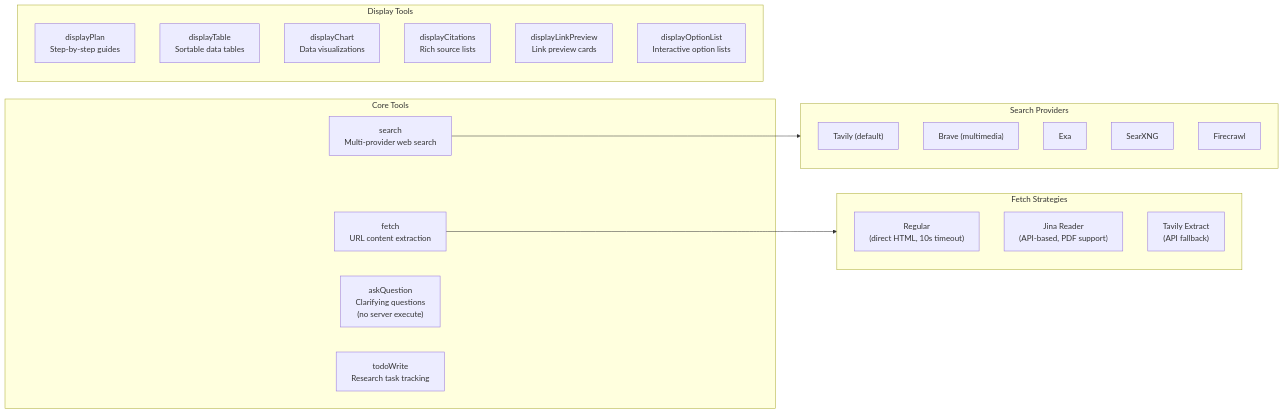
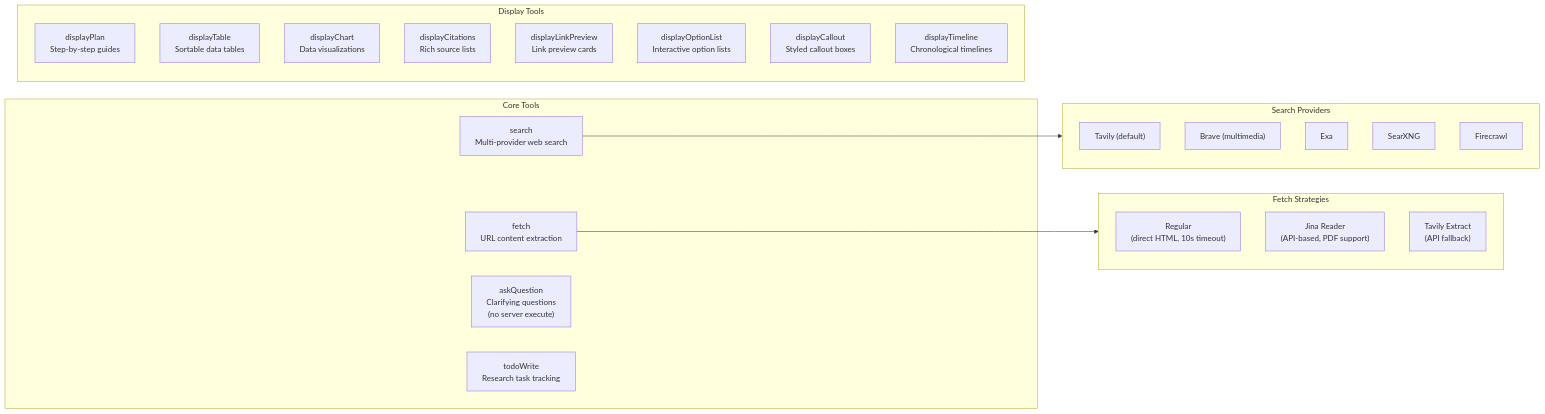
The third of 10 diagrams in docs/ARCHITECTURE.md (NickB03/polymorph), drawn with Mermaid before and after one commit. The commit also changed other lines of this file and 21 other files, not shown here.

First line of the commit message:
feat: add displayCallout and displayTimeline tool UIs (#14)

````diff
--- a/docs/ARCHITECTURE.md
+++ b/docs/ARCHITECTURE.md
@@ -141,35 +141,37 @@
 ```mermaid
 graph LR
     subgraph Core["Core Tools"]
         search["search<br/>Multi-provider web search"]
         fetch["fetch<br/>URL content extraction"]
         question["askQuestion<br/>Clarifying questions<br/>(no server execute)"]
         todo["todoWrite<br/>Research task tracking"]
     end
 
     subgraph Display["Display Tools"]
         plan["displayPlan<br/>Step-by-step guides"]
         table["displayTable<br/>Sortable data tables"]
         chart["displayChart<br/>Data visualizations"]
         citations["displayCitations<br/>Rich source lists"]
         linkPreview["displayLinkPreview<br/>Link preview cards"]
         optionList["displayOptionList<br/>Interactive option lists"]
+        callout["displayCallout<br/>Styled callout boxes"]
+        timeline["displayTimeline<br/>Chronological timelines"]
     end
 
     subgraph SearchProviders["Search Providers"]
         tavily["Tavily (default)"]
         brave["Brave (multimedia)"]
         exa["Exa"]
         searxng["SearXNG"]
         firecrawl["Firecrawl"]
     end
 
     subgraph FetchStrategies["Fetch Strategies"]
         regular["Regular<br/>(direct HTML, 10s timeout)"]
         jina["Jina Reader<br/>(API-based, PDF support)"]
         tavilyExtract["Tavily Extract<br/>(API fallback)"]
     end
 
     search --> SearchProviders
     fetch --> FetchStrategies
 ```
````
